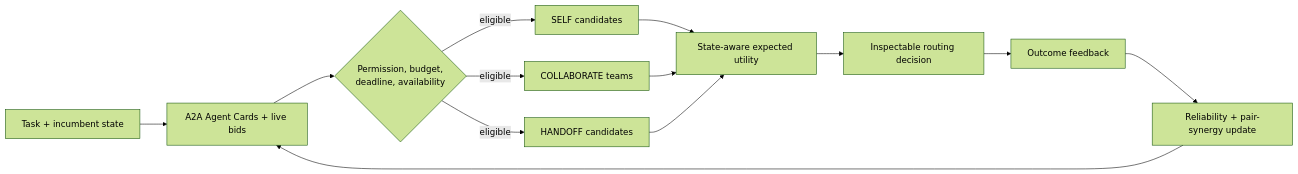
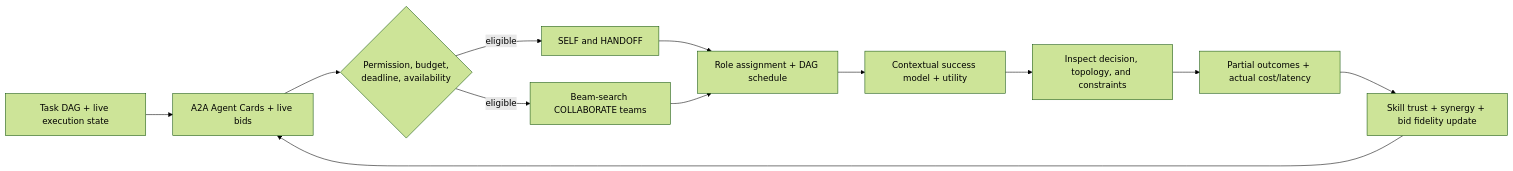
One commit to wang2122/sprix-sage-router changed the diagram in README.md. Above: the diagram before and after it, drawn with Mermaid (forest theme). The commit also changed other lines of this file and 7 other files, not shown here.

First line of the commit message:
Upgrade SAGE with contextual DAG routing

````diff
--- a/README.md
+++ b/README.md
@@ -36,15 +36,14 @@
 ```mermaid
 flowchart LR
-    A["Task + incumbent state"] --> B["A2A Agent Cards + live bids"]
+    A["Task DAG + live execution state"] --> B["A2A Agent Cards + live bids"]
     B --> C{"Permission, budget,<br/>deadline, availability"}
-    C -->|eligible| D["SELF candidates"]
-    C -->|eligible| E["COLLABORATE teams"]
-    C -->|eligible| F["HANDOFF candidates"]
-    D --> G["State-aware expected utility"]
-    E --> G
-    F --> G
-    G --> H["Inspectable routing decision"]
-    H --> I["Outcome feedback"]
-    I --> J["Reliability + pair-synergy update"]
+    C -->|eligible| D["SELF and HANDOFF"]
+    C -->|eligible| E["Beam-search COLLABORATE teams"]
+    D --> F["Role assignment + DAG schedule"]
+    E --> F
+    F --> G["Contextual success model + utility"]
+    G --> H["Inspect decision, topology, and constraints"]
+    H --> I["Partial outcomes + actual cost/latency"]
+    I --> J["Skill trust + synergy + bid fidelity update"]
     J --> B
 ```
````
